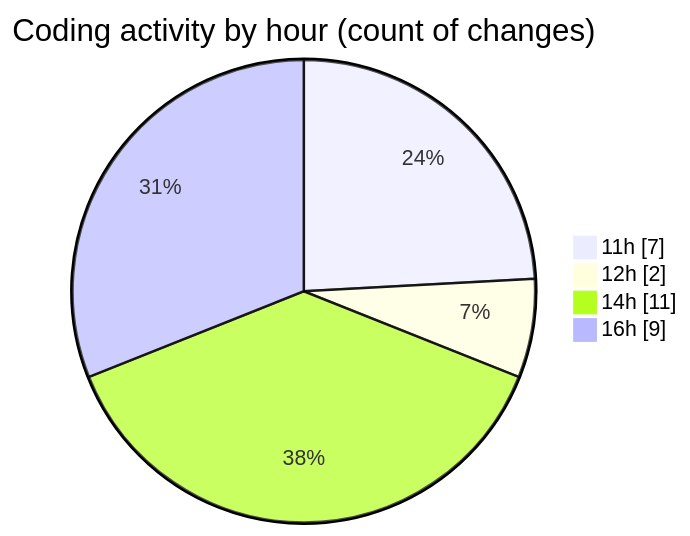
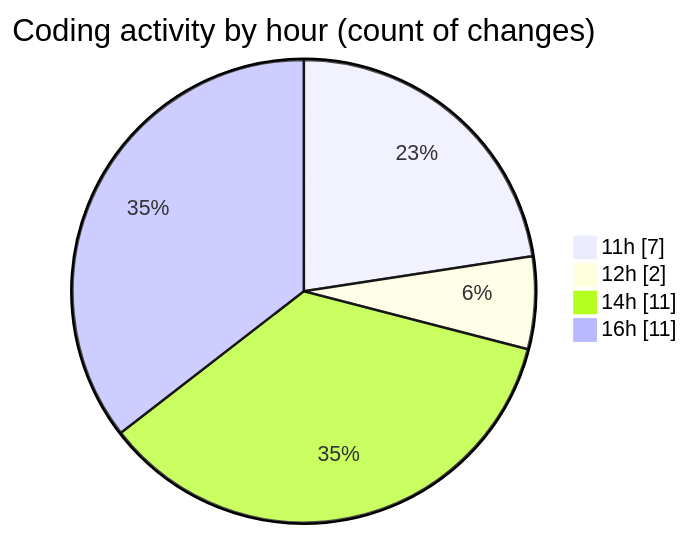
One commit to debugP/code-tracking changed the second of 2 diagrams in 2025-09-26/untitled__workspace_/README.md. Above: the diagram before and after it, drawn with Mermaid. The commit also changed other lines of this file and 1 other file, not shown here.

````diff
--- a/2025-09-26/untitled__workspace_/README.md
+++ b/2025-09-26/untitled__workspace_/README.md
@@ -34,8 +34,8 @@
 ```mermaid
 pie showData
 title Coding activity by hour (count of changes)
 "11h" : 7
 "12h" : 2
 "14h" : 11
-"16h" : 9
+"16h" : 11
 ```
````
